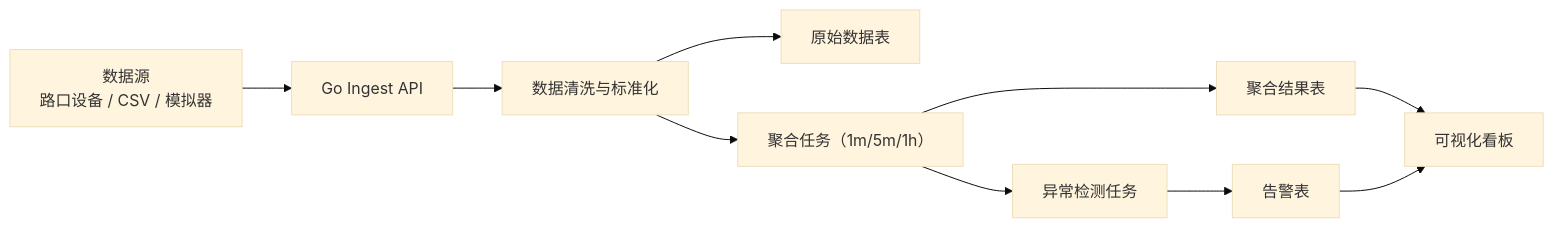
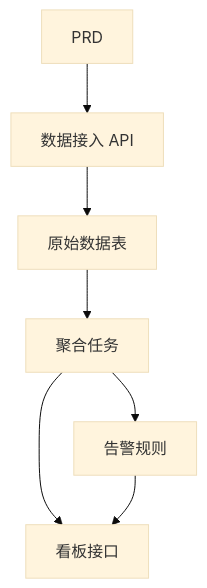
The diagram in docs/zh-cn/stage-2/assignments/traffic-data-visualization-go/index.md (sketchymonk/easy-vibe), drawn with Mermaid (base theme) before and after one commit. The commit also changed other lines of this file and 18 other files, not shown here.

````diff
--- a/docs/zh-cn/stage-2/assignments/traffic-data-visualization-go/index.md
+++ b/docs/zh-cn/stage-2/assignments/traffic-data-visualization-go/index.md
@@ -36,12 +68,9 @@
 ```mermaid
-flowchart LR
-  source["数据源<br/>路口设备 / CSV / 模拟器"] --> ingest["Go Ingest API"]
-  ingest --> clean["数据清洗与标准化"]
-  clean --> rawdb["原始数据表"]
-  clean --> agg["聚合任务（1m/5m/1h）"]
-  agg --> aggdb["聚合结果表"]
-  agg --> detect["异常检测任务"]
-  detect --> alertdb["告警表"]
-  aggdb --> dashboard["可视化看板"]
-  alertdb --> dashboard
+flowchart TD
+  prd["PRD"] --> ingest["数据接入 API"]
+  ingest --> raw["原始数据表"]
+  raw --> agg["聚合任务"]
+  agg --> alert["告警规则"]
+  agg --> dashboard["看板接口"]
+  alert --> dashboard
 ```
````
